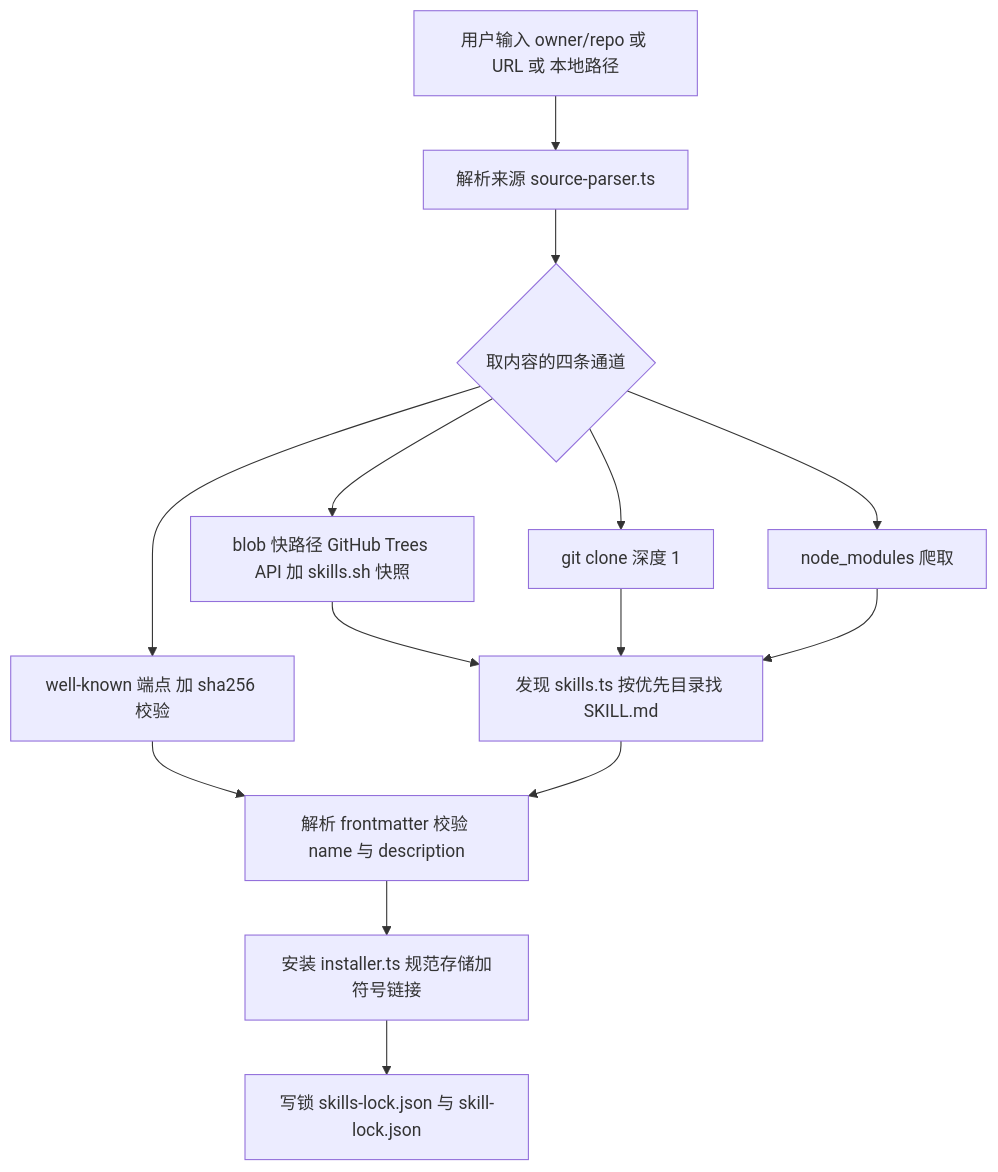
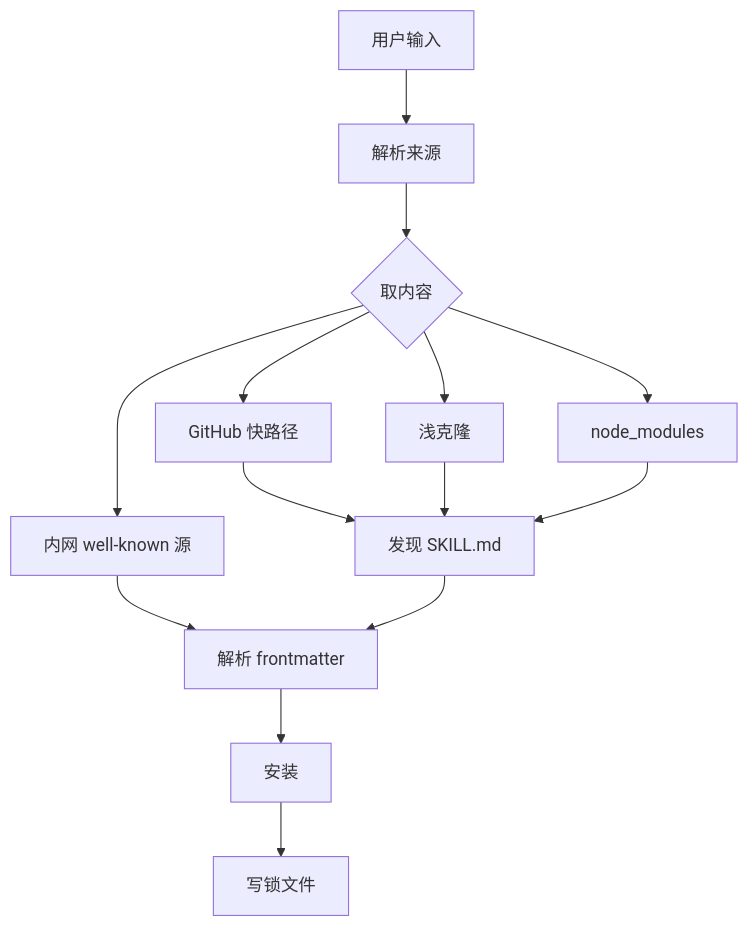
The first of 6 diagrams in book/07-vercel-skills.md (diguike/book-source-reading), drawn with Mermaid before and after one commit. The commit also changed other lines of this file, not shown here.

Commit message:
docs: rewrite ch7 - fix factual errors, add Go modules comparison, cut template structure

````diff
--- a/book/07-vercel-skills.md
+++ b/book/07-vercel-skills.md
@@ -100,25 +94,25 @@
 ```mermaid
 graph TB
-    Input["用户输入 owner/repo 或 URL 或 本地路径"]
-    Parse["解析来源 source-parser.ts"]
-    Fetch{"取内容的四条通道"}
-    Blob["blob 快路径 GitHub Trees API 加 skills.sh 快照"]
-    Clone["git clone 深度 1"]
-    WK["well-known 端点 加 sha256 校验"]
-    NM["node_modules 爬取"]
-    Disc["发现 skills.ts 按优先目录找 SKILL.md"]
-    Parse2["解析 frontmatter 校验 name 与 description"]
-    Install["安装 installer.ts 规范存储加符号链接"]
-    Lock["写锁 skills-lock.json 与 skill-lock.json"]
+    Input["用户输入"]
+    Parse["解析来源"]
+    Fetch{"取内容"}
+    Blob["GitHub 快路径"]
+    Clone["浅克隆"]
+    WK["内网 well-known 源"]
+    NM["node_modules"]
+    Disc["发现 SKILL.md"]
+    Parse2["解析 frontmatter"]
+    Install["安装"]
+    Lock["写锁文件"]
 
     Input --> Parse --> Fetch
     Fetch --> Blob
     Fetch --> Clone
     Fetch --> WK
     Fetch --> NM
     Blob --> Disc
     Clone --> Disc
     WK --> Parse2
     NM --> Disc
     Disc --> Parse2 --> Install --> Lock
 ```
````
